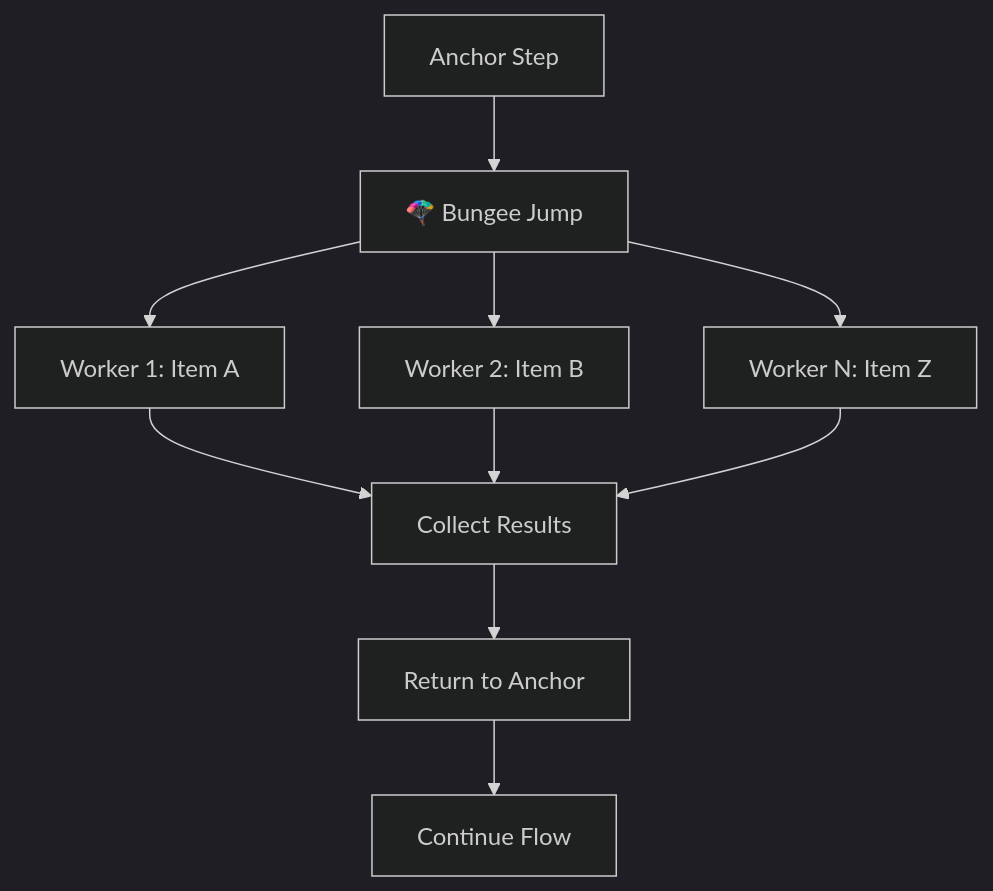
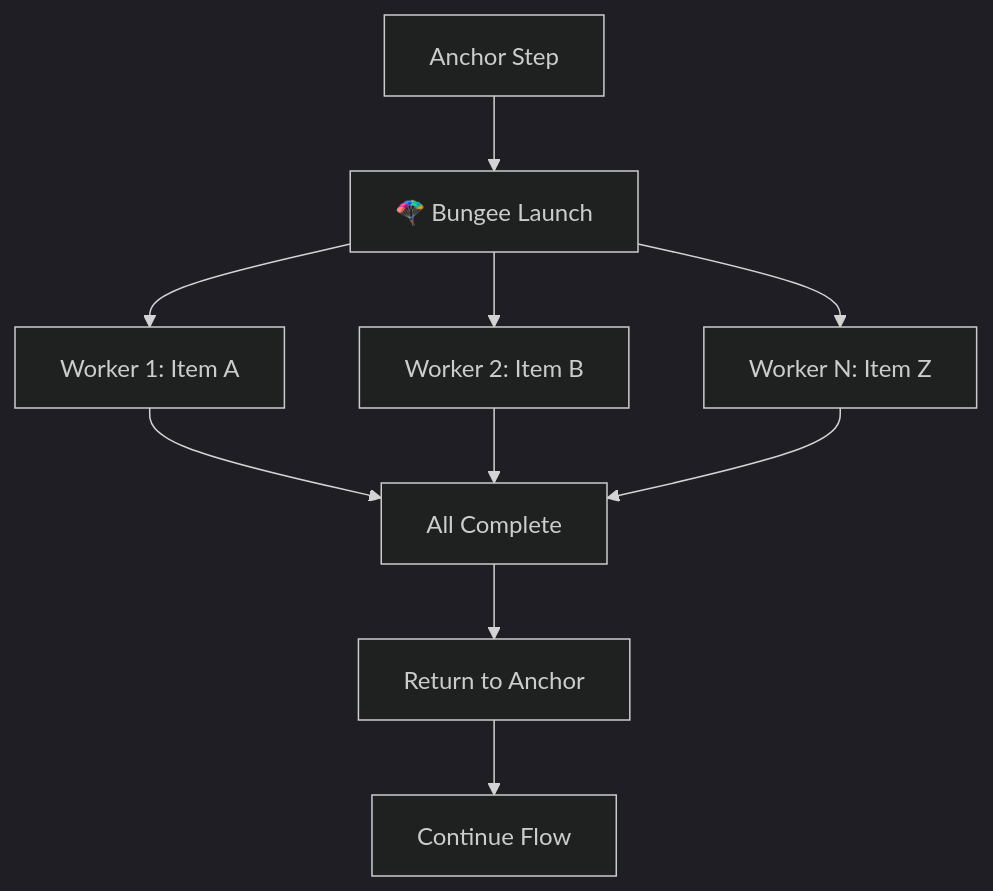
Before and after one commit to swizzy-ai/swizzy-kit: the diagram in README.md, drawn with Mermaid (dark theme). The commit also changed other lines of this file and 5 other files, not shown here.

````diff
--- a/README.md
+++ b/README.md
@@ -272,12 +654,12 @@
 ```mermaid
 graph TD
-    A[Anchor Step] --> B[🪂 Bungee Jump]
+    A[Anchor Step] --> B[🪂 Bungee Launch]
     B --> C[Worker 1: Item A]
     B --> D[Worker 2: Item B]
     B --> E[Worker N: Item Z]
-    C --> F[Collect Results]
+    C --> F[All Complete]
     D --> F
     E --> F
     F --> G[Return to Anchor]
     G --> H[Continue Flow]
 ```
````
